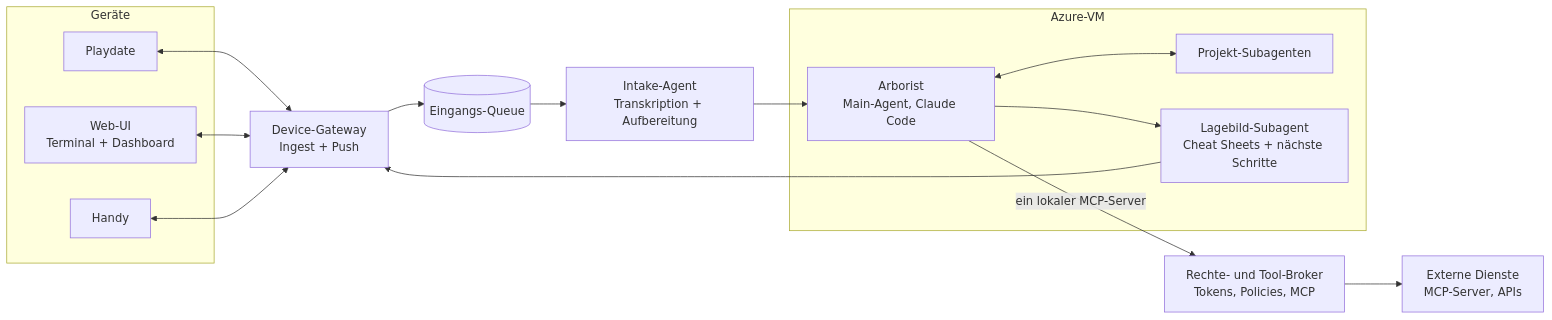
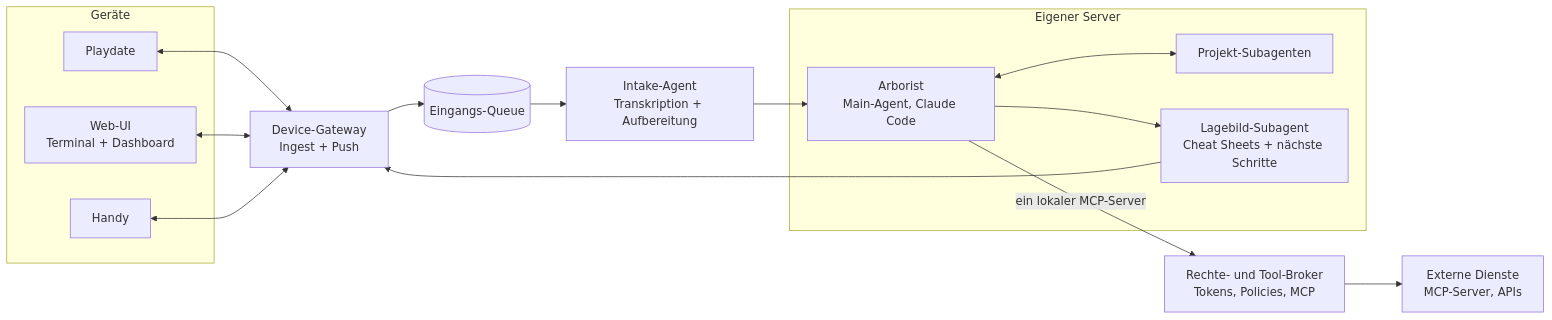
One commit to merlinbecker/playdate-claude-client changed the diagram in docs/vision.md. Above: the diagram before and after it, drawn with Mermaid. The commit also changed other lines of this file and 24 other files, not shown here.

````diff
--- a/docs/vision.md
+++ b/docs/vision.md
@@ -17,26 +17,26 @@
 ```mermaid
 flowchart LR
     subgraph Geräte
         PD[Playdate]
         WEB[Web-UI<br/>Terminal + Dashboard]
         PH[Handy]
     end
 
     GW[Device-Gateway<br/>Ingest + Push]
     IN[Intake-Agent<br/>Transkription + Aufbereitung]
 
-    subgraph VM[Azure-VM]
+    subgraph VM[Eigener Server]
         AR[Arborist<br/>Main-Agent, Claude Code]
         SA[Projekt-Subagenten]
         CS[Lagebild-Subagent<br/>Cheat Sheets + nächste Schritte]
     end
 
     BR[Rechte- und Tool-Broker<br/>Tokens, Policies, MCP]
     EXT[Externe Dienste<br/>MCP-Server, APIs]
 
     PD & WEB & PH <--> GW
     GW --> Q[(Eingangs-Queue)] --> IN --> AR
     AR <--> SA
     AR --> CS --> GW
     AR -- ein lokaler MCP-Server --> BR --> EXT
 ```
````
